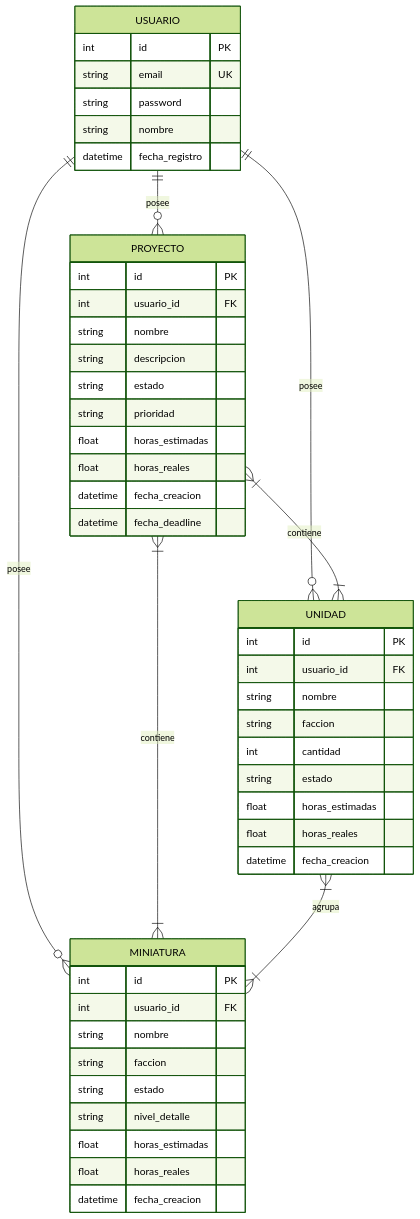
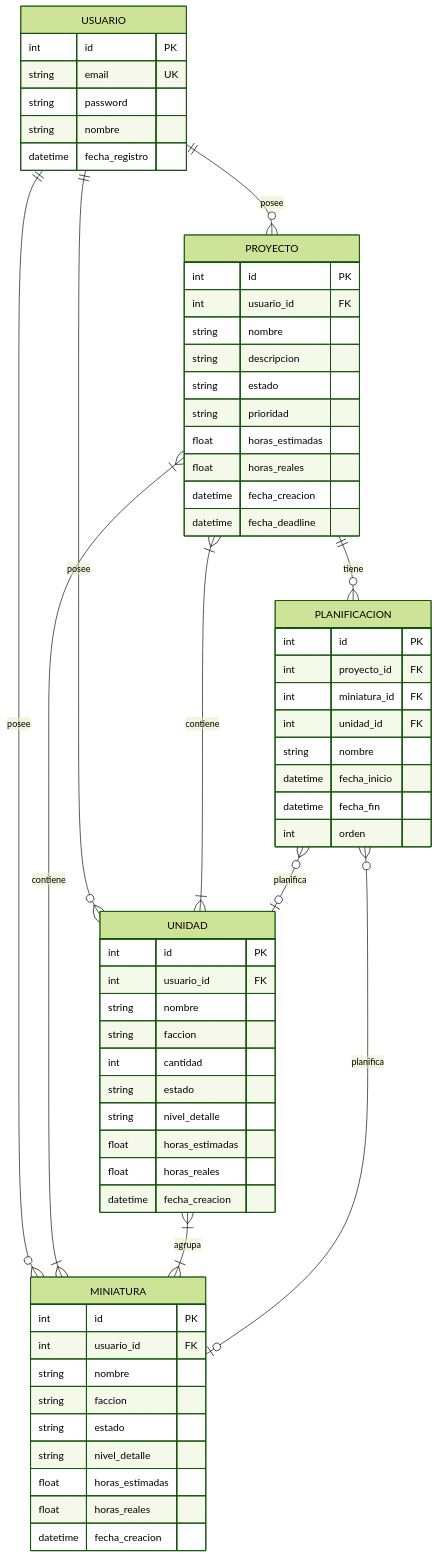
The diagram in docs/diagrams/entities.md (adriangromero/hobbyplanner), drawn with Mermaid (forest theme) before and after one commit. The commit also changed other lines of this file, not shown here.

````diff
--- a/docs/diagrams/entities.md
+++ b/docs/diagrams/entities.md
@@ -4,55 +4,71 @@
 ```mermaid
 erDiagram
     USUARIO ||--o{ PROYECTO : "posee"
     USUARIO ||--o{ MINIATURA : "posee"
     USUARIO ||--o{ UNIDAD : "posee"
     
     PROYECTO }|--|{ MINIATURA : "contiene"
     PROYECTO }|--|{ UNIDAD : "contiene"
     UNIDAD }|--|{ MINIATURA : "agrupa"
+    
+    PROYECTO ||--o{ PLANIFICACION : "tiene"
+    PLANIFICACION }o--o| MINIATURA : "planifica"
+    PLANIFICACION }o--o| UNIDAD : "planifica"
 
     USUARIO {
         int id PK
         string email UK
         string password
         string nombre
         datetime fecha_registro
     }
 
     MINIATURA {
         int id PK
         int usuario_id FK
         string nombre
         string faccion
         string estado
         string nivel_detalle
         float horas_estimadas
         float horas_reales
         datetime fecha_creacion
     }
 
     UNIDAD {
         int id PK
         int usuario_id FK
         string nombre
         string faccion
         int cantidad
         string estado
+        string nivel_detalle
         float horas_estimadas
         float horas_reales
         datetime fecha_creacion
     }
 
     PROYECTO {
         int id PK
         int usuario_id FK
         string nombre
         string descripcion
         string estado
         string prioridad
         float horas_estimadas
         float horas_reales
         datetime fecha_creacion
         datetime fecha_deadline
     }
+
+    PLANIFICACION {
+        int id PK
+        int proyecto_id FK
+        int miniatura_id FK
+        int unidad_id FK
+        string nombre
+        datetime fecha_inicio
+        datetime fecha_fin
+        int orden
+    }
 ```
````
